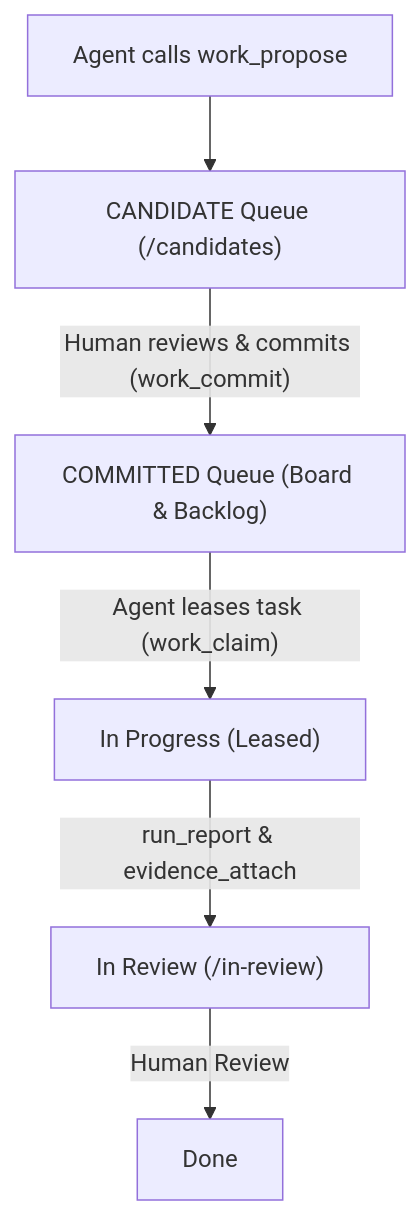
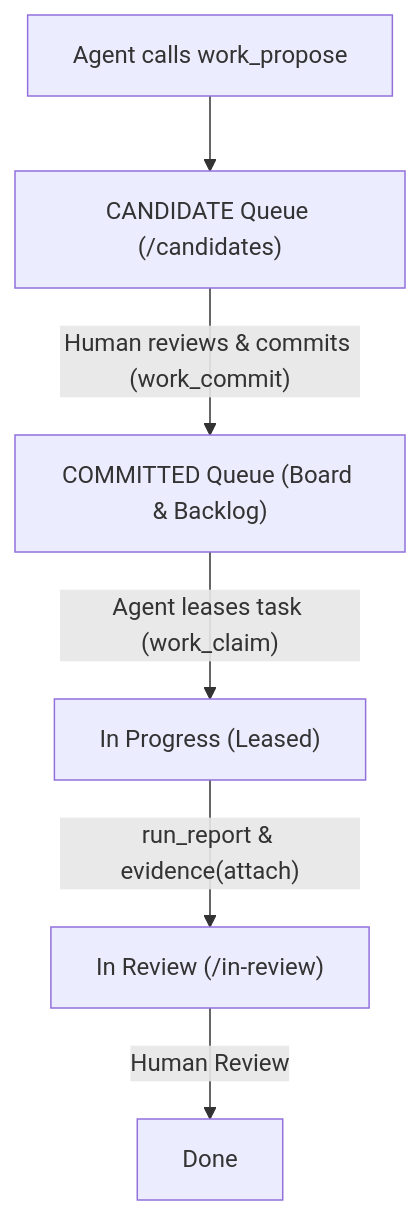
The first of 2 diagrams in AGENTS.md (fakechris/Involute), drawn with Mermaid before and after one commit. The commit also changed other lines of this file and 16 other files, not shown here.

````diff
--- a/AGENTS.md
+++ b/AGENTS.md
@@ -33,8 +33,8 @@
 ```mermaid
 flowchart TD
     A["Agent calls work_propose"] --> B["CANDIDATE Queue (/candidates)"]
     B -->|"Human reviews & commits (work_commit)"| C["COMMITTED Queue (Board & Backlog)"]
     C -->|"Agent leases task (work_claim)"| D["In Progress (Leased)"]
-    D -->|"run_report & evidence_attach"| E["In Review (/in-review)"]
+    D -->|"run_report & evidence(attach)"| E["In Review (/in-review)"]
     E -->|"Human Review"| F["Done"]
 ```
````
